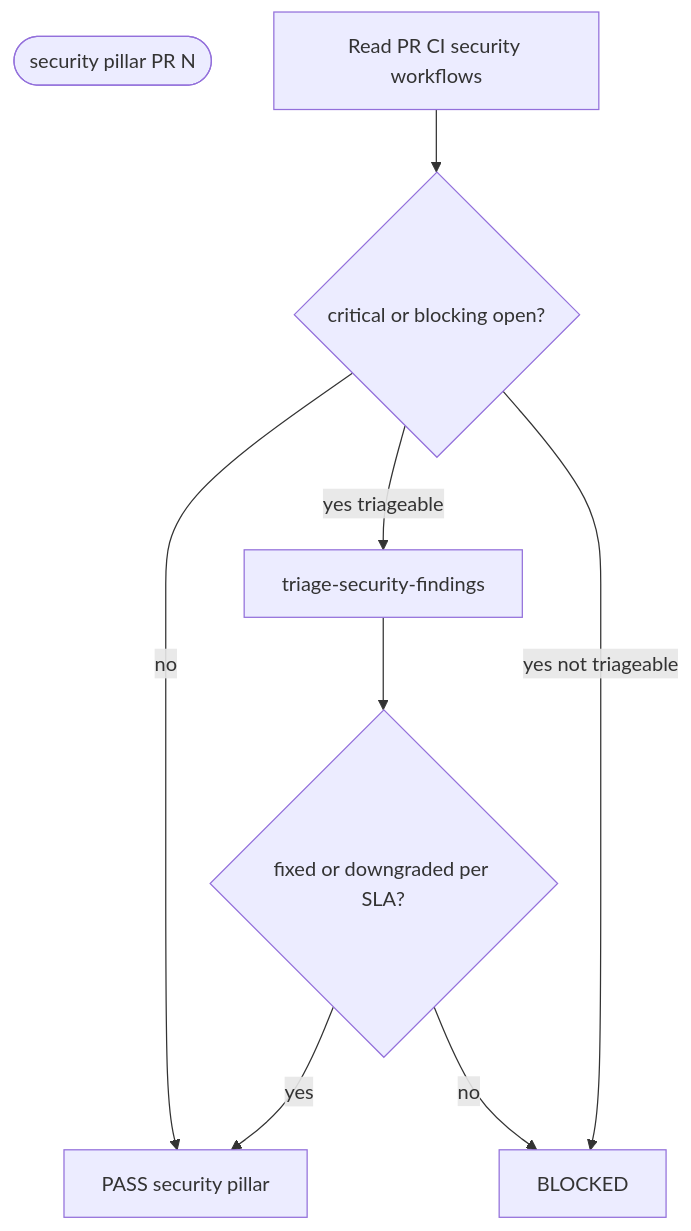
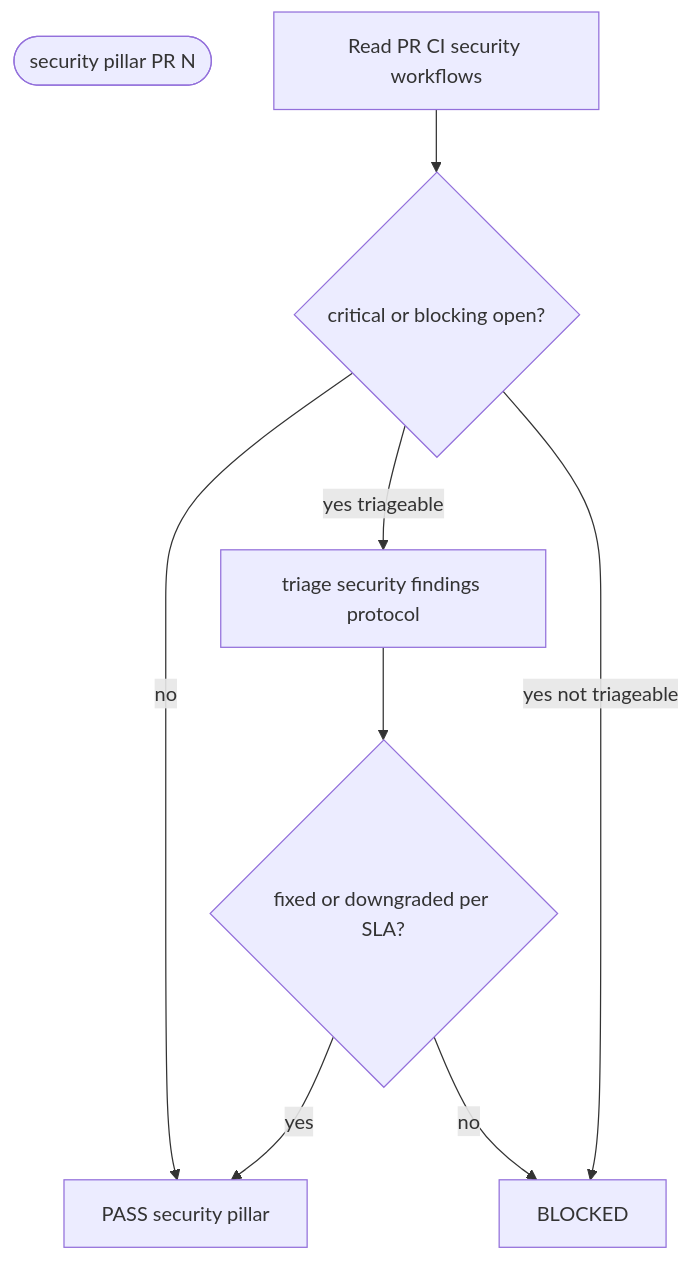
One commit to chimeranext/better-toolkits changed the first of 2 diagrams in toolkits/assurance-toolkit/references/security/triage.md. Above: the diagram before and after it, drawn with Mermaid. The commit also changed other lines of this file and 23 other files, not shown here.

````diff
--- a/toolkits/assurance-toolkit/references/security/triage.md
+++ b/toolkits/assurance-toolkit/references/security/triage.md
@@ -12,12 +12,12 @@
 ```mermaid
 flowchart TD
   start(["security pillar PR N"])
   c1["Read PR CI security workflows"]
   c1 --> c2{"critical or blocking open?"}
   c2 -->|no| p["PASS security pillar"]
-  c2 -->|yes triageable| t["triage-security-findings"]
+  c2 -->|yes triageable| t["triage security findings protocol"]
   t --> c3{"fixed or downgraded per SLA?"}
   c3 -->|no| b["BLOCKED"]
   c3 -->|yes| p
   c2 -->|yes not triageable| b
 ```
````
